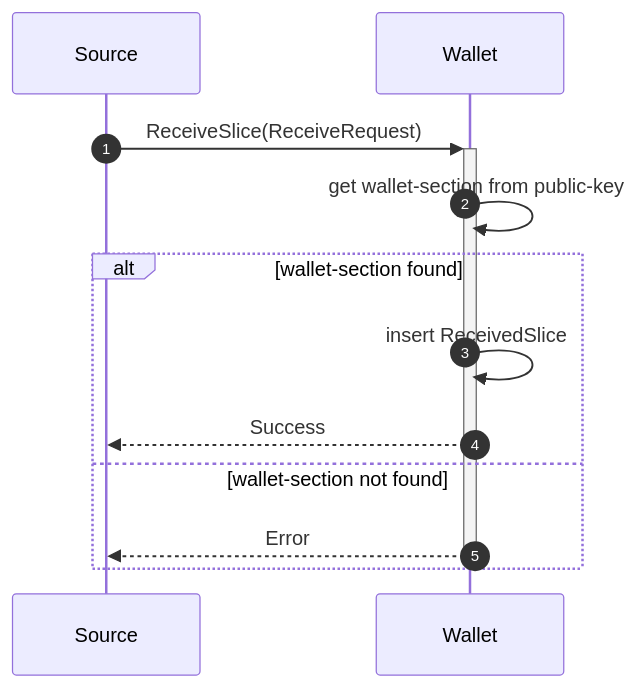
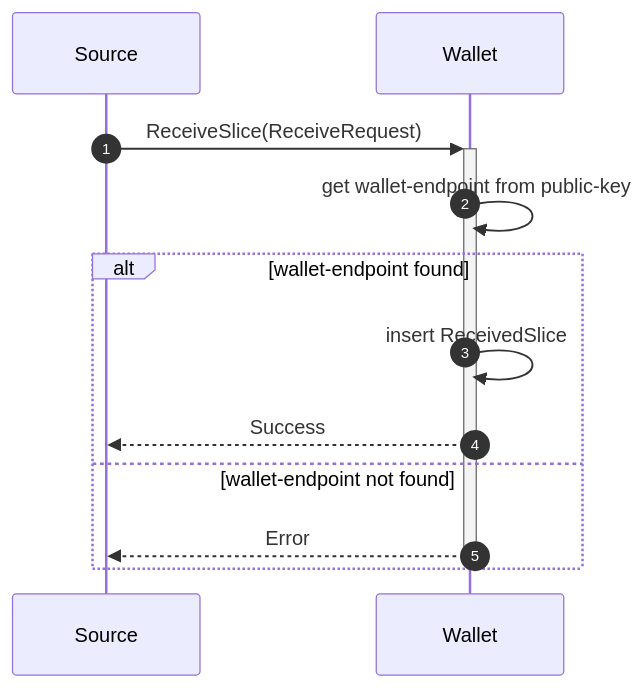
One commit to project-origin/wallet changed the first of 2 diagrams in doc/api/receive_slice.md. Above: the diagram before and after it, drawn with Mermaid. The commit also changed other lines of this file, not shown here.

````diff
--- a/doc/api/receive_slice.md
+++ b/doc/api/receive_slice.md
@@ -13,21 +13,21 @@
 ```mermaid
 sequenceDiagram
     autonumber
 
     participant source as Source
     participant wallet as Wallet
 
     source ->>+ wallet: ReceiveSlice(ReceiveRequest)
 
-    wallet ->> wallet: get wallet-section from public-key
+    wallet ->> wallet: get wallet-endpoint from public-key
 
-    alt wallet-section found
+    alt wallet-endpoint found
 
         wallet ->> wallet: insert ReceivedSlice
 
         wallet -->> source: Success
-    else wallet-section not found
+    else wallet-endpoint not found
         wallet -->>- source: Error
     end
 
 ```
````
